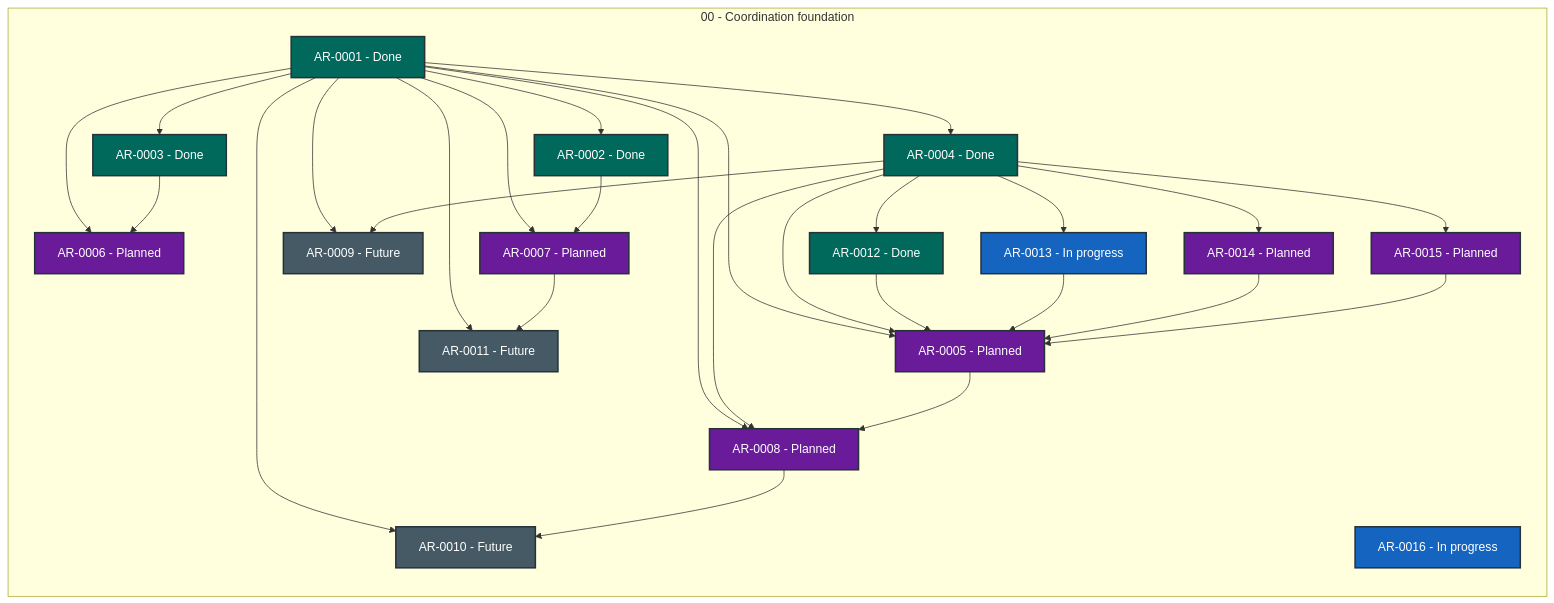
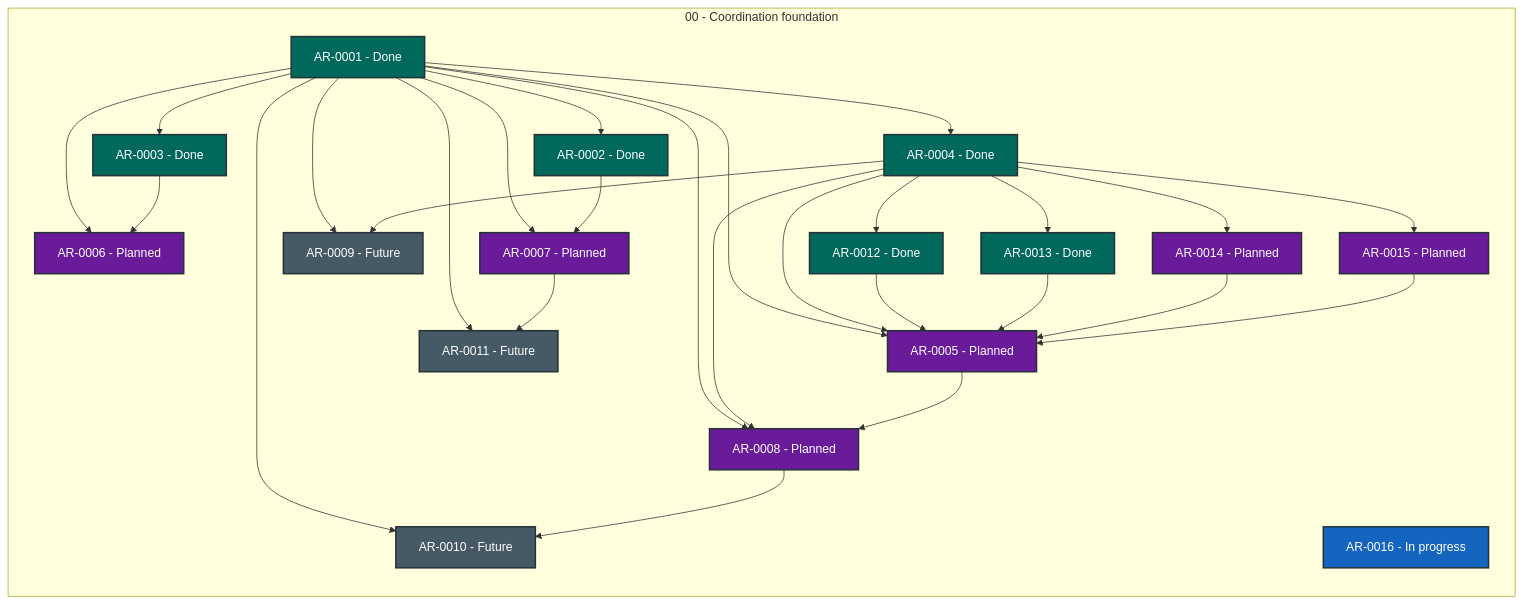
One commit to martin-beck/agent-workflow-quality-state changed the diagram in STATUS.md. Above: the diagram before and after it, drawn with Mermaid. The commit also changed other lines of this file and 2 other files, not shown here.

````diff
--- a/STATUS.md
+++ b/STATUS.md
@@ -27,56 +27,56 @@
 ```mermaid
 flowchart LR
     subgraph series_00["00 - Coordination foundation"]
         direction TB
         AR_0001["AR-0001 - Done"]:::status_done
         AR_0002["AR-0002 - Done"]:::status_done
         AR_0003["AR-0003 - Done"]:::status_done
         AR_0004["AR-0004 - Done"]:::status_done
         AR_0005["AR-0005 - Planned"]:::status_planned
         AR_0006["AR-0006 - Planned"]:::status_planned
         AR_0007["AR-0007 - Planned"]:::status_planned
         AR_0008["AR-0008 - Planned"]:::status_planned
         AR_0009["AR-0009 - Future"]:::status_future
         AR_0010["AR-0010 - Future"]:::status_future
         AR_0011["AR-0011 - Future"]:::status_future
         AR_0012["AR-0012 - Done"]:::status_done
-        AR_0013["AR-0013 - In progress"]:::status_in_progress
+        AR_0013["AR-0013 - Done"]:::status_done
         AR_0014["AR-0014 - Planned"]:::status_planned
         AR_0015["AR-0015 - Planned"]:::status_planned
         AR_0016["AR-0016 - In progress"]:::status_in_progress
     end
     AR_0001 --> AR_0002
     AR_0001 --> AR_0003
     AR_0001 --> AR_0004
     AR_0001 --> AR_0005
     AR_0001 --> AR_0006
     AR_0001 --> AR_0007
     AR_0001 --> AR_0008
     AR_0001 --> AR_0009
     AR_0001 --> AR_0010
     AR_0001 --> AR_0011
     AR_0002 --> AR_0007
     AR_0003 --> AR_0006
     AR_0004 --> AR_0005
     AR_0004 --> AR_0008
     AR_0004 --> AR_0009
     AR_0004 --> AR_0012
     AR_0004 --> AR_0013
     AR_0004 --> AR_0014
     AR_0004 --> AR_0015
     AR_0005 --> AR_0008
     AR_0007 --> AR_0011
     AR_0008 --> AR_0010
     AR_0012 --> AR_0005
     AR_0013 --> AR_0005
     AR_0014 --> AR_0005
     AR_0015 --> AR_0005
     classDef status_in_progress fill:#1565c0,color:#ffffff,stroke:#263238,stroke-width:2px
     classDef status_open fill:#2e7d32,color:#ffffff,stroke:#263238,stroke-width:2px
     classDef status_blocked fill:#c62828,color:#ffffff,stroke:#263238,stroke-width:2px
     classDef status_planned fill:#6a1b9a,color:#ffffff,stroke:#263238,stroke-width:2px
     classDef status_future fill:#455a64,color:#ffffff,stroke:#263238,stroke-width:2px
     classDef status_done fill:#00695c,color:#ffffff,stroke:#263238,stroke-width:2px
     classDef status_cancelled fill:#616161,color:#ffffff,stroke:#263238,stroke-width:2px
     classDef status_superseded fill:#5d4037,color:#ffffff,stroke:#263238,stroke-width:2px
 ```
````
